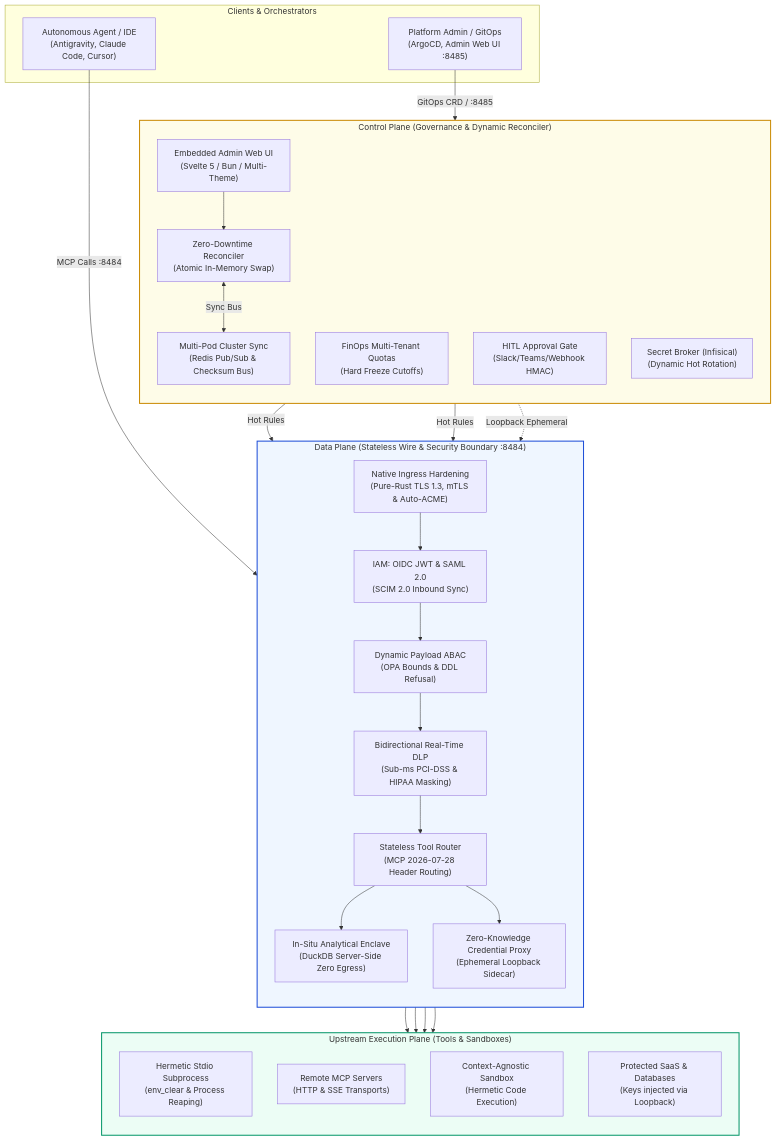
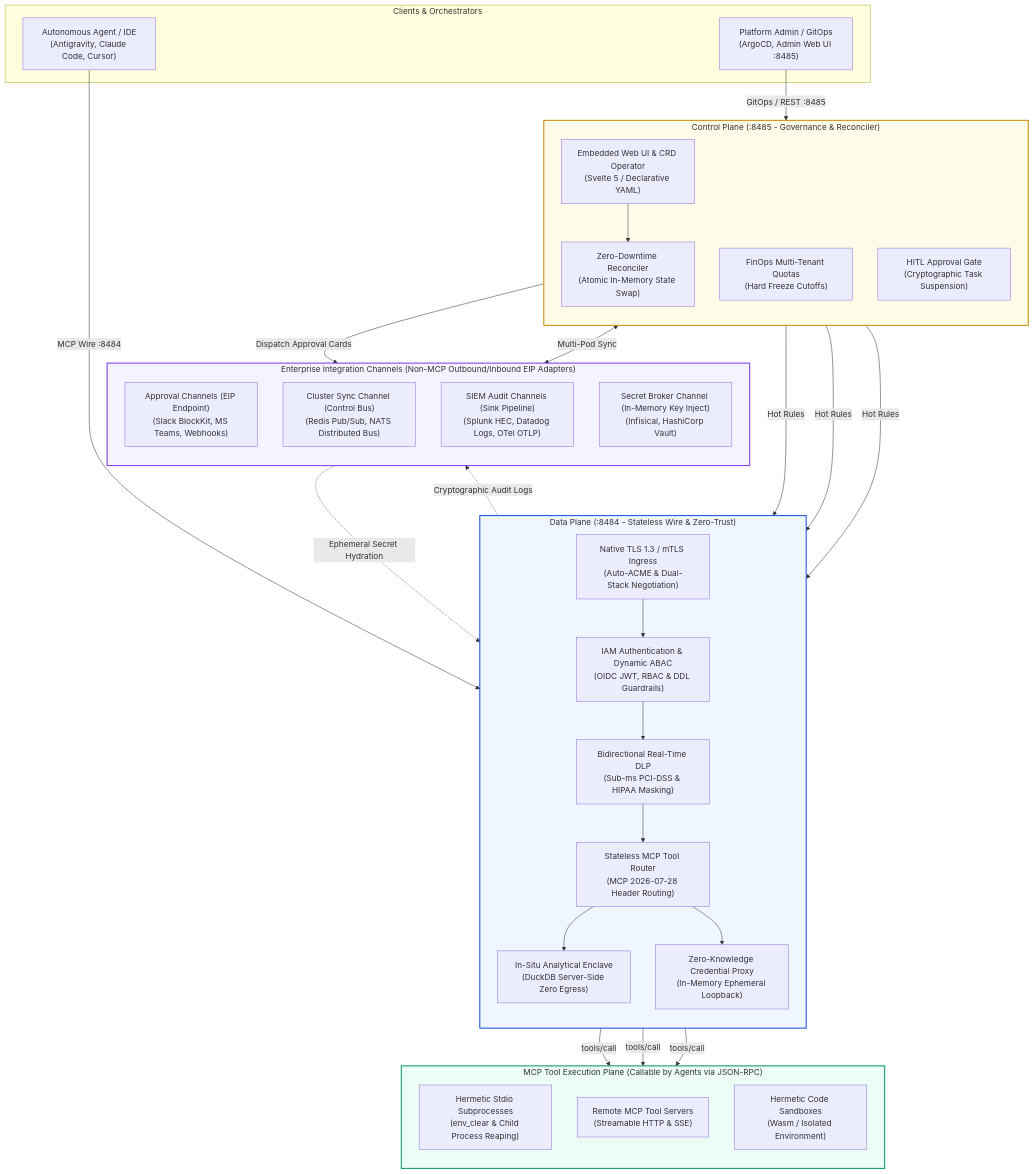
The diagram in README.md (ihkaru/aegis-gateway), drawn with Mermaid before and after one commit. The commit also changed other lines of this file and 38 other files, not shown here.

Commit message:
feat(eip): enforce Enterprise Integration Patterns, channels separation & Phase 43-45 capabilities

````diff
--- a/README.md
+++ b/README.md
@@ -57,52 +57,59 @@
 ```mermaid
 flowchart TD
     subgraph Clients["Clients & Orchestrators"]
         Agent["Autonomous Agent / IDE<br/>(Antigravity, Claude Code, Cursor)"]
         Admin["Platform Admin / GitOps<br/>(ArgoCD, Admin Web UI :8485)"]
     end
 
-    subgraph ControlPlane["Control Plane (Governance & Dynamic Reconciler)"]
+    subgraph ControlPlane["Control Plane (:8485 - Governance & Reconciler)"]
         direction TB
-        AdminUI["Embedded Admin Web UI<br/>(Svelte 5 / Bun / Multi-Theme)"]
-        Reconciler["Zero-Downtime Reconciler<br/>(Atomic In-Memory Swap)"]
-        ClusterSync["Multi-Pod Cluster Sync<br/>(Redis Pub/Sub & Checksum Bus)"]
+        AdminUI["Embedded Web UI & CRD Operator<br/>(Svelte 5 / Declarative YAML)"]
+        Reconciler["Zero-Downtime Reconciler<br/>(Atomic In-Memory State Swap)"]
         FinOps["FinOps Multi-Tenant Quotas<br/>(Hard Freeze Cutoffs)"]
-        HITL["HITL Approval Gate<br/>(Slack/Teams/Webhook HMAC)"]
-        Secrets["Secret Broker (Infisical)<br/>(Dynamic Hot Rotation)"]
+        HITLGate["HITL Approval Gate<br/>(Cryptographic Task Suspension)"]
     end
 
-    subgraph DataPlane["Data Plane (Stateless Wire & Security Boundary :8484)"]
+    subgraph DataPlane["Data Plane (:8484 - Stateless Wire & Zero-Trust)"]
         direction TB
-        Ingress["Native Ingress Hardening<br/>(Pure-Rust TLS 1.3, mTLS & Auto-ACME)"]
-        Auth["IAM: OIDC JWT & SAML 2.0<br/>(SCIM 2.0 Inbound Sync)"]
-        ABAC["Dynamic Payload ABAC<br/>(OPA Bounds & DDL Refusal)"]
+        Ingress["Native TLS 1.3 / mTLS Ingress<br/>(Auto-ACME & Dual-Stack Negotiation)"]
+        AuthABAC["IAM Authentication & Dynamic ABAC<br/>(OIDC JWT, RBAC & DDL Guardrails)"]
         DLP["Bidirectional Real-Time DLP<br/>(Sub-ms PCI-DSS & HIPAA Masking)"]
-        Router["Stateless Tool Router<br/>(MCP 2026-07-28 Header Routing)"]
-        InSitu["In-Situ Analytical Enclave<br/>(DuckDB Server-Side Zero Egress)"]
-        Proxy["Zero-Knowledge Credential Proxy<br/>(Ephemeral Loopback Sidecar)"]
+        Enclave["In-Situ Analytical Enclave<br/>(DuckDB Server-Side Zero Egress)"]
+        Router["Stateless MCP Tool Router<br/>(MCP 2026-07-28 Header Routing)"]
+        CredProxy["Zero-Knowledge Credential Proxy<br/>(In-Memory Ephemeral Loopback)"]
     end
 
-    subgraph UpstreamTools["Upstream Execution Plane (Tools & Sandboxes)"]
+    subgraph McpExecutionPlane["MCP Tool Execution Plane (Callable by Agents via JSON-RPC)"]
         direction TB
-        Subprocess["Hermetic Stdio Subprocess<br/>(env_clear & Process Reaping)"]
-        RemoteMCP["Remote MCP Servers<br/>(HTTP & SSE Transports)"]
-        Sandbox["Context-Agnostic Sandbox<br/>(Hermetic Code Execution)"]
-        ExternalAPI["Protected SaaS & Databases<br/>(Keys injected via Loopback)"]
+        StdioSubprocess["Hermetic Stdio Subprocesses<br/>(env_clear & Child Process Reaping)"]
+        RemoteMcp["Remote MCP Tool Servers<br/>(Streamable HTTP & SSE)"]
+        Sandboxes["Hermetic Code Sandboxes<br/>(Wasm / Isolated Environment)"]
     end
 
-    Agent -->|"MCP Calls :8484"| Ingress
-    Admin -->|"GitOps CRD / :8485"| AdminUI --> Reconciler
-    Reconciler <-->|"Sync Bus"| ClusterSync
-    Reconciler -->|"Hot Rules"| ABAC & Ingress
-    Secrets -.->|"Loopback Ephemeral"| Proxy
+    subgraph ChannelsPlane["Enterprise Integration Channels (Non-MCP Outbound/Inbound EIP Adapters)"]
+        direction TB
+        HITLChan["Approval Channels (EIP Endpoint)<br/>(Slack BlockKit, MS Teams, Webhooks)"]
+        SyncChan["Cluster Sync Channel (Control Bus)<br/>(Redis Pub/Sub, NATS Distributed Bus)"]
+        AuditChan["SIEM Audit Channels (Sink Pipeline)<br/>(Splunk HEC, Datadog Logs, OTel OTLP)"]
+        SecretChan["Secret Broker Channel (In-Memory Key Inject)<br/>(Infisical, HashiCorp Vault)"]
+    end
 
-    Ingress --> Auth --> ABAC --> DLP --> Router
-    Router --> InSitu
-    Router --> Proxy
-    Proxy --> Subprocess & RemoteMCP & Sandbox
-    Proxy --> ExternalAPI
+    Agent -->|"MCP Wire :8484"| Ingress
+    Admin -->|"GitOps / REST :8485"| AdminUI --> Reconciler
+
+    Ingress --> AuthABAC --> DLP --> Router
+    Router --> Enclave
+    Router --> CredProxy
+    CredProxy -->|"tools/call"| StdioSubprocess & RemoteMcp & Sandboxes
+
+    Reconciler -->|"Hot Rules"| AuthABAC & DLP & Router
+    HITLGate -->|"Dispatch Approval Cards"| HITLChan
+    Reconciler <-->|"Multi-Pod Sync"| SyncChan
+    DataPlane -.->|"Cryptographic Audit Logs"| AuditChan
+    SecretChan -.->|"Ephemeral Secret Hydration"| CredProxy
 
     style ControlPlane fill:#fefce8,stroke:#ca8a04,stroke-width:2px
     style DataPlane fill:#eff6ff,stroke:#1d4ed8,stroke-width:2px
-    style UpstreamTools fill:#ecfdf5,stroke:#059669,stroke-width:2px
+    style McpExecutionPlane fill:#ecfdf5,stroke:#059669,stroke-width:2px
+    style ChannelsPlane fill:#f5f3ff,stroke:#7c3aed,stroke-width:2px
 ```
````
